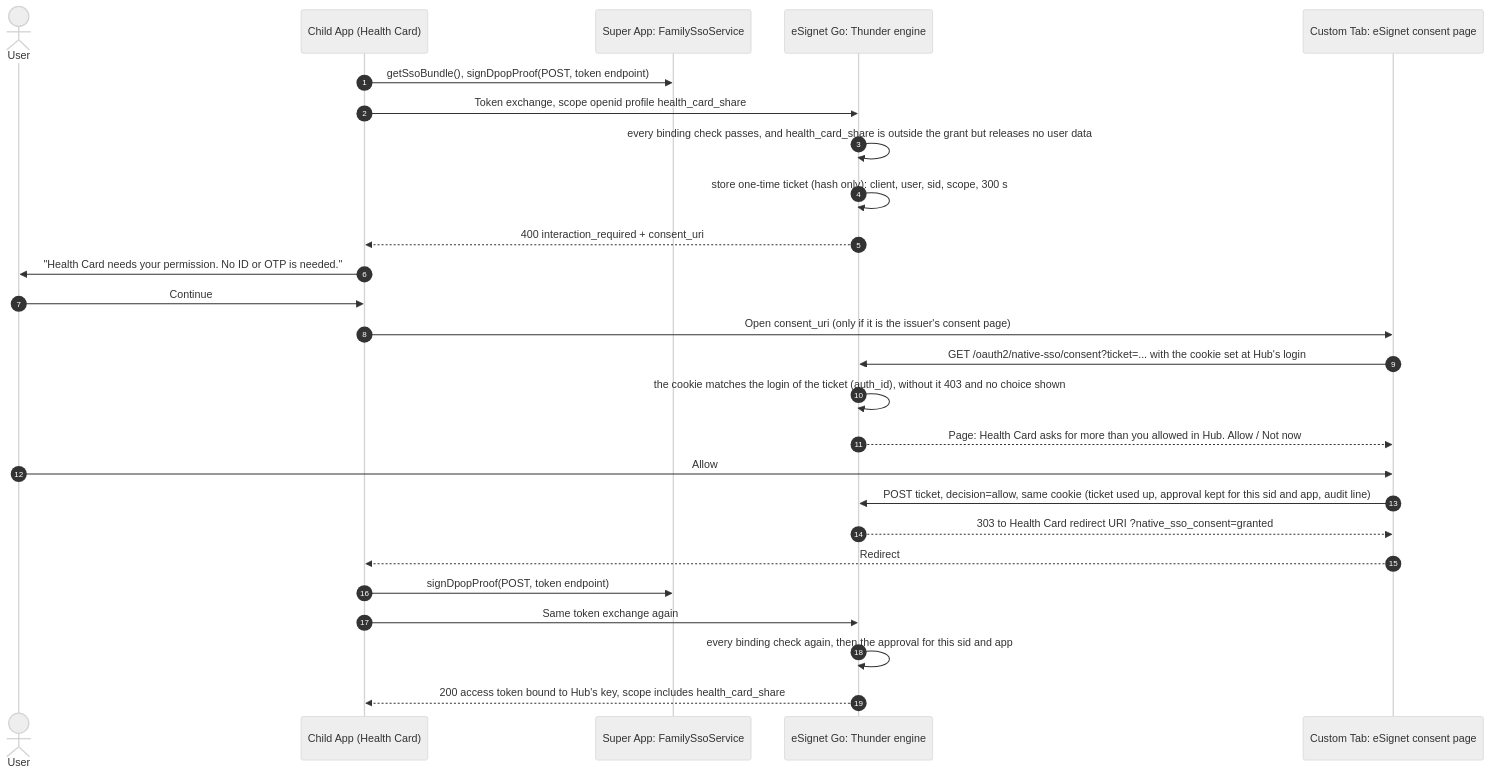
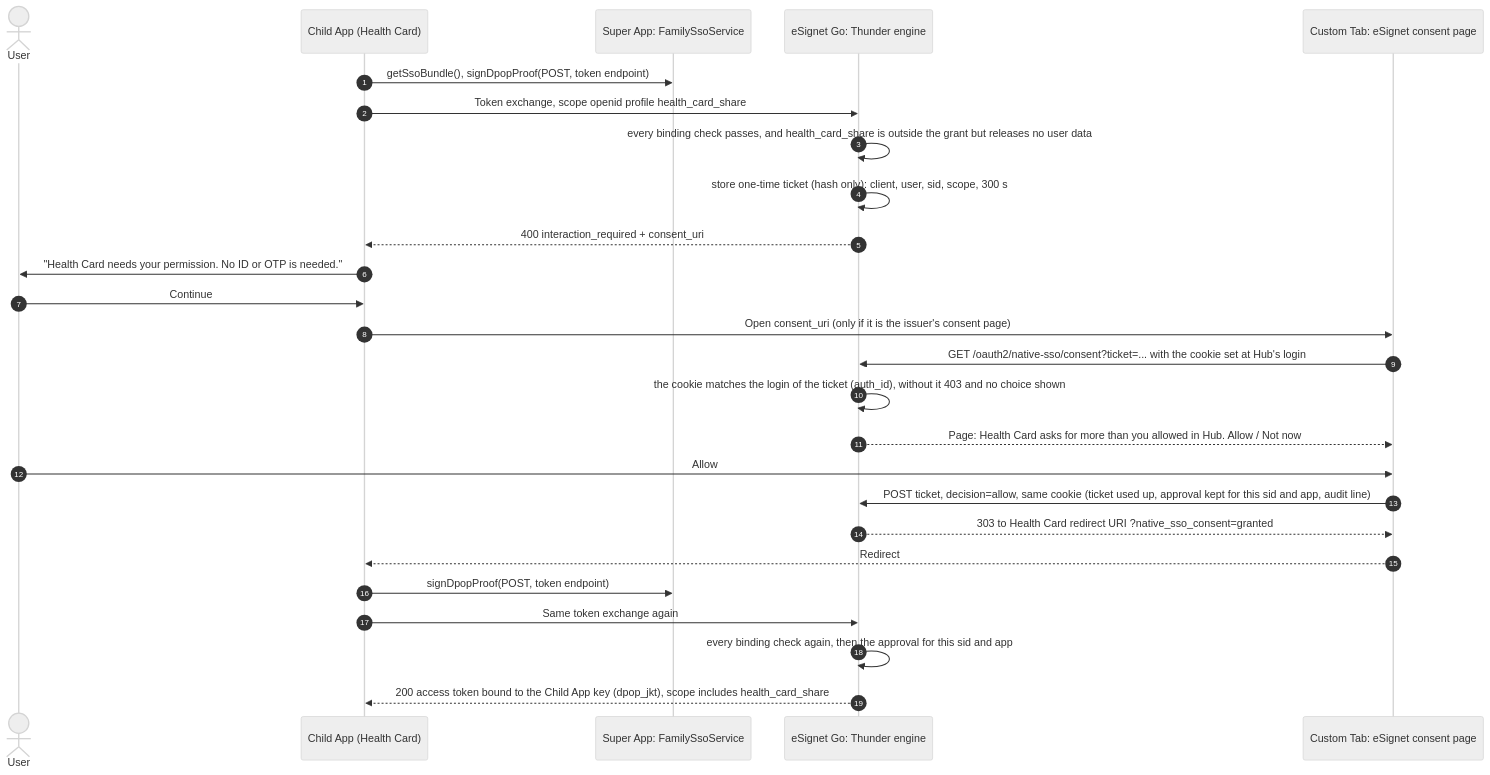
The diagram in docs/diagrams/seq-consent-only.mmd (Paradox-73/Enable_Native_SSO_in_eSignet_Go_for_Mobile_Apps), drawn with Mermaid (neutral theme) before and after one commit. The commit also changed 27 other files, not shown here.

```diff
--- a/docs/diagrams/seq-consent-only.mmd
+++ b/docs/diagrams/seq-consent-only.mmd
@@ -1,27 +1,27 @@
 sequenceDiagram
   autonumber
   actor U as User
   participant C as Child App (Health Card)
   participant H as Super App: FamilySsoService
   participant T as eSignet Go: Thunder engine
   participant B as Custom Tab: eSignet consent page
 
   C->>H: getSsoBundle(), signDpopProof(POST, token endpoint)
   C->>T: Token exchange, scope openid profile health_card_share
   T->>T: every binding check passes, and health_card_share is outside the grant but releases no user data
   T->>T: store one-time ticket (hash only): client, user, sid, scope, 300 s
   T-->>C: 400 interaction_required + consent_uri
   C->>U: "Health Card needs your permission. No ID or OTP is needed."
   U->>C: Continue
   C->>B: Open consent_uri (only if it is the issuer's consent page)
   B->>T: GET /oauth2/native-sso/consent?ticket=... with the cookie set at Hub's login
   T->>T: the cookie matches the login of the ticket (auth_id), without it 403 and no choice shown
   T-->>B: Page: Health Card asks for more than you allowed in Hub. Allow / Not now
   U->>B: Allow
   B->>T: POST ticket, decision=allow, same cookie (ticket used up, approval kept for this sid and app, audit line)
   T-->>B: 303 to Health Card redirect URI ?native_sso_consent=granted
   B-->>C: Redirect
   C->>H: signDpopProof(POST, token endpoint)
   C->>T: Same token exchange again
   T->>T: every binding check again, then the approval for this sid and app
-  T-->>C: 200 access token bound to Hub's key, scope includes health_card_share
+  T-->>C: 200 access token bound to the Child App key (dpop_jkt), scope includes health_card_share
```
